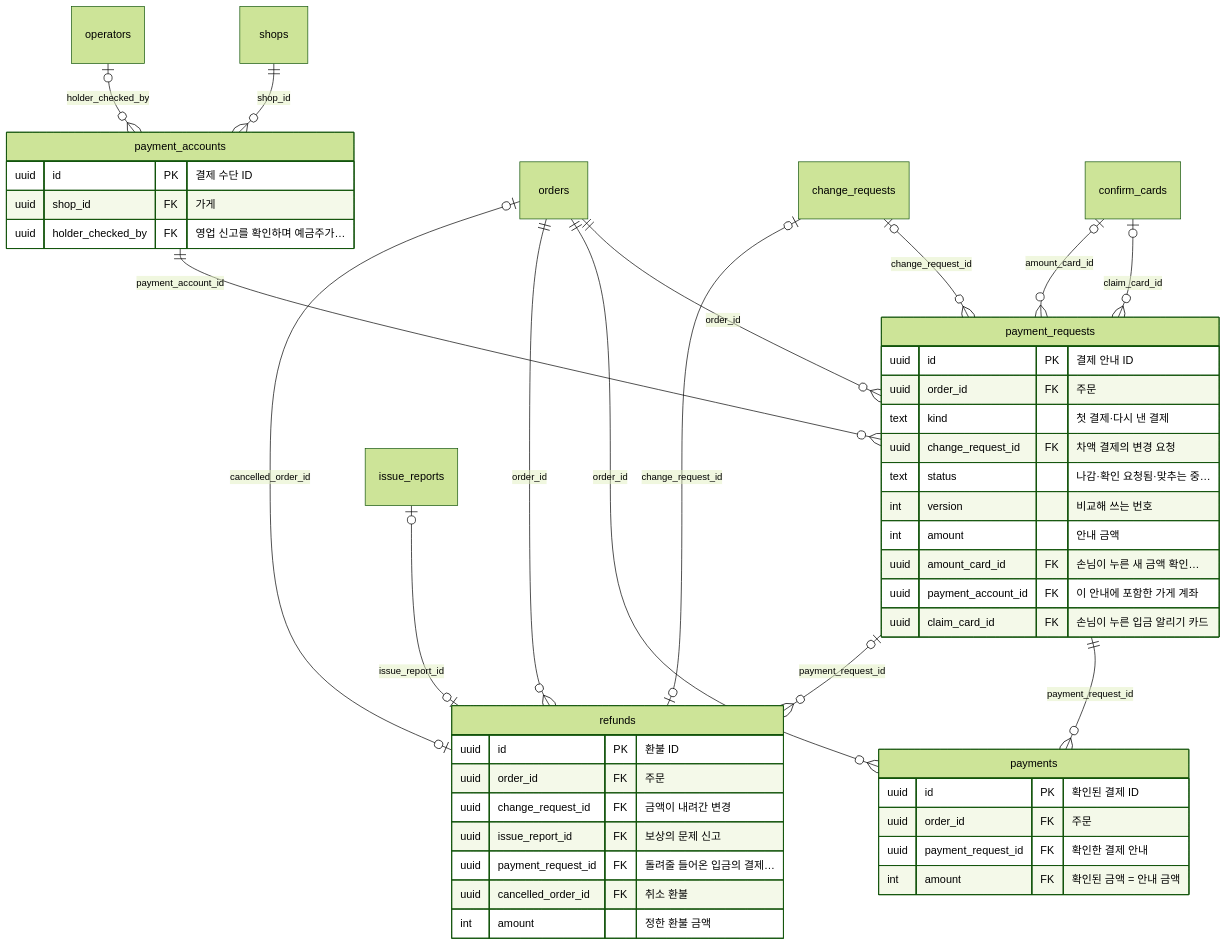
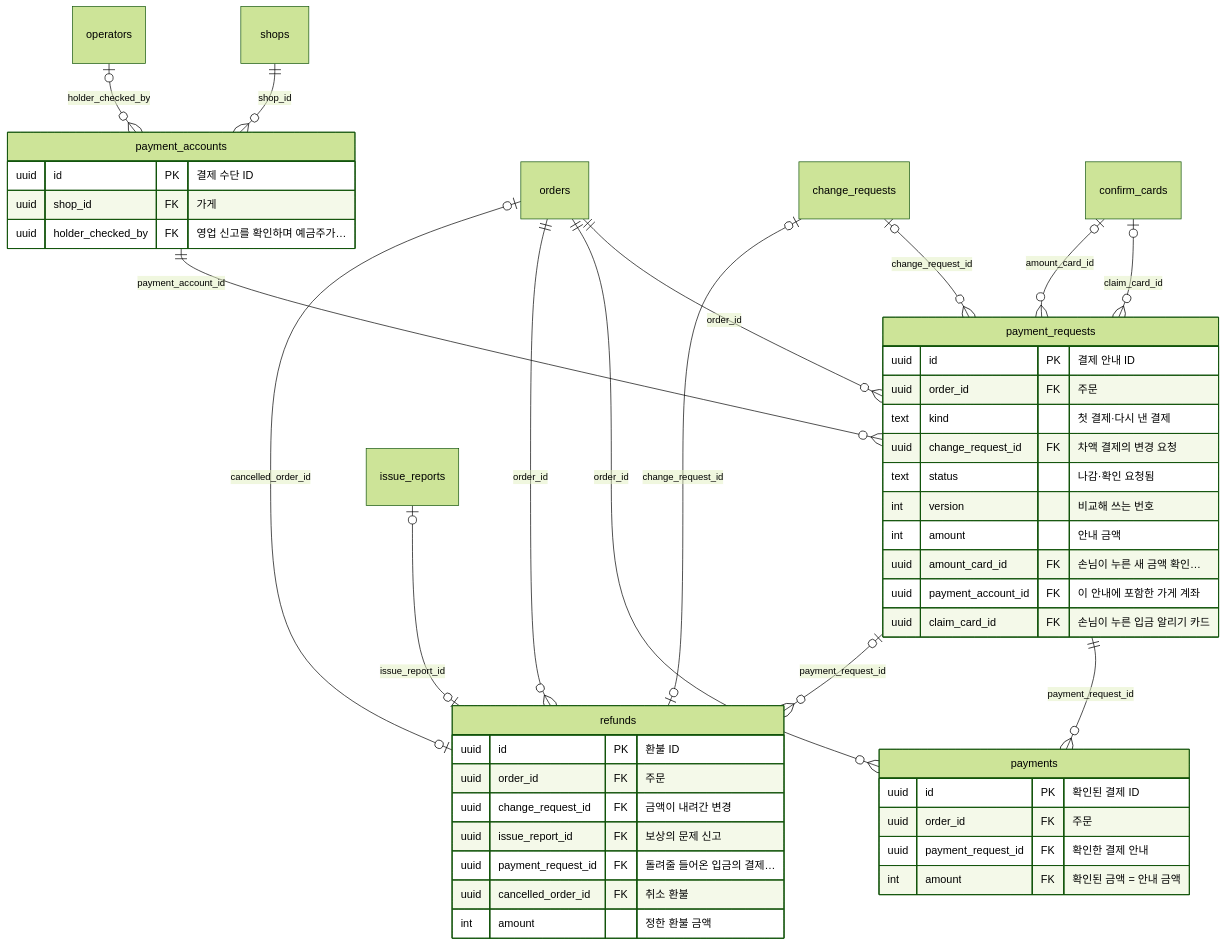
The fifth of 11 diagrams in docs/05-erd/README.md (kodonghui/siljang.ai), drawn with Mermaid (forest theme) before and after one commit. The commit also changed other lines of this file and 20 other files, not shown here.

First line of the commit message:
설계 재검토 낮음(01~04 글): 요구사항 REQ-255~262, 용어 TERM-075~086, 04 출처 열과 플로우 대조 검사 (#45)

````diff
--- a/docs/05-erd/README.md
+++ b/docs/05-erd/README.md
@@ -466,49 +466,49 @@
 ```mermaid
 erDiagram
   payment_accounts {
     uuid id PK "결제 수단 ID"
     uuid shop_id FK "가게"
     uuid holder_checked_by FK "영업 신고를 확인하며 예금주가…"
   }
   payment_requests {
     uuid id PK "결제 안내 ID"
     uuid order_id FK "주문"
     text kind "첫 결제·다시 낸 결제"
     uuid change_request_id FK "차액 결제의 변경 요청"
-    text status "나감·확인 요청됨·맞추는 중…"
+    text status "나감·확인 요청됨"
     int version "비교해 쓰는 번호"
     int amount "안내 금액"
     uuid amount_card_id FK "손님이 누른 새 금액 확인…"
     uuid payment_account_id FK "이 안내에 포함한 가게 계좌"
     uuid claim_card_id FK "손님이 누른 입금 알리기 카드"
   }
   payments {
     uuid id PK "확인된 결제 ID"
     uuid order_id FK "주문"
     uuid payment_request_id FK "확인한 결제 안내"
     int amount FK "확인된 금액 = 안내 금액"
   }
   refunds {
     uuid id PK "환불 ID"
     uuid order_id FK "주문"
     uuid change_request_id FK "금액이 내려간 변경"
     uuid issue_report_id FK "보상의 문제 신고"
     uuid payment_request_id FK "돌려줄 들어온 입금의 결제…"
     uuid cancelled_order_id FK "취소 환불"
     int amount "정한 환불 금액"
   }
   shops ||--o{ payment_accounts : "shop_id"
   operators |o--o{ payment_accounts : "holder_checked_by"
   orders ||--o{ payment_requests : "order_id"
   change_requests |o--o{ payment_requests : "change_request_id"
   payment_accounts ||--o{ payment_requests : "payment_account_id"
   confirm_cards |o--o{ payment_requests : "claim_card_id"
   confirm_cards |o--o{ payment_requests : "amount_card_id"
   orders ||--o{ payments : "order_id"
   payment_requests ||--o{ payments : "payment_request_id"
   orders ||--o{ refunds : "order_id"
   change_requests |o--o| refunds : "change_request_id"
   issue_reports |o--o| refunds : "issue_report_id"
   payment_requests |o--o{ refunds : "payment_request_id"
   orders |o--o| refunds : "cancelled_order_id"
 ```
````
